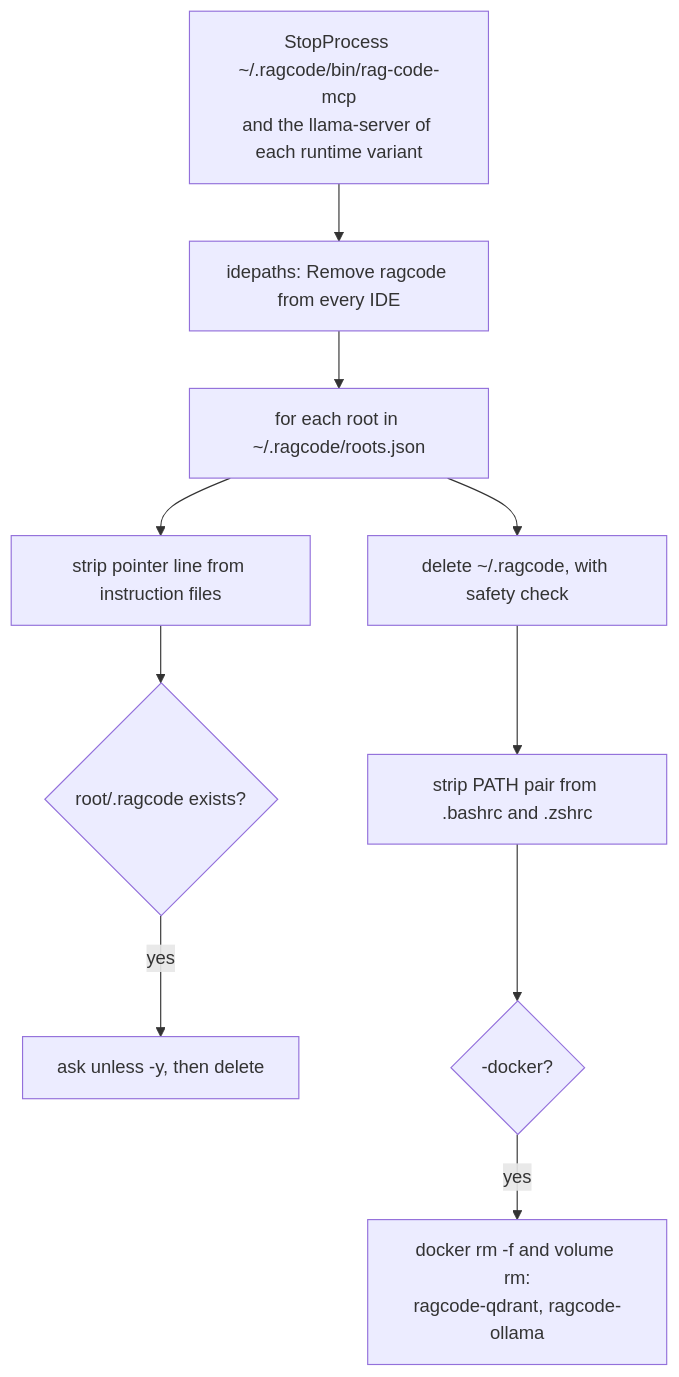
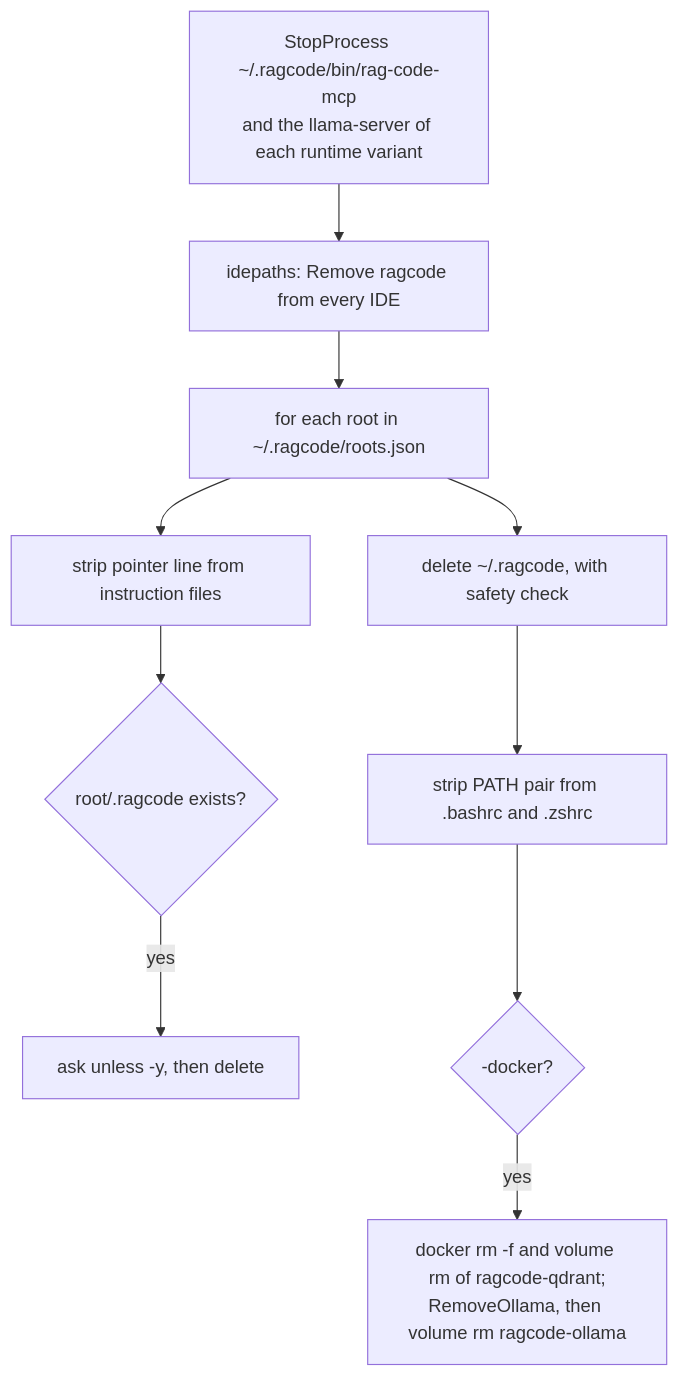
One commit to doITmagic/rag-code-mcp changed the second of 2 diagrams in internal/uninstall/README.md. Above: the diagram before and after it, drawn with Mermaid. The commit also changed other lines of this file and 35 other files, not shown here.

````diff
--- a/internal/uninstall/README.md
+++ b/internal/uninstall/README.md
@@ -111,12 +120,12 @@
 ```mermaid
 flowchart TD
     A[StopProcess ~/.ragcode/bin/rag-code-mcp<br/>and the llama-server of each runtime variant] --> B[idepaths: Remove ragcode from every IDE]
     B --> C[for each root in ~/.ragcode/roots.json]
     C --> C1[strip pointer line from instruction files]
     C1 --> C2{root/.ragcode exists?}
     C2 -- yes --> C3[ask unless -y, then delete]
     C --> D[delete ~/.ragcode, with safety check]
     D --> E[strip PATH pair from .bashrc and .zshrc]
     E --> F{-docker?}
-    F -- yes --> G[docker rm -f and volume rm:<br/>ragcode-qdrant, ragcode-ollama]
+    F -- yes --> G[docker rm -f and volume rm of ragcode-qdrant;<br/>RemoveOllama, then volume rm ragcode-ollama]
 ```
````
